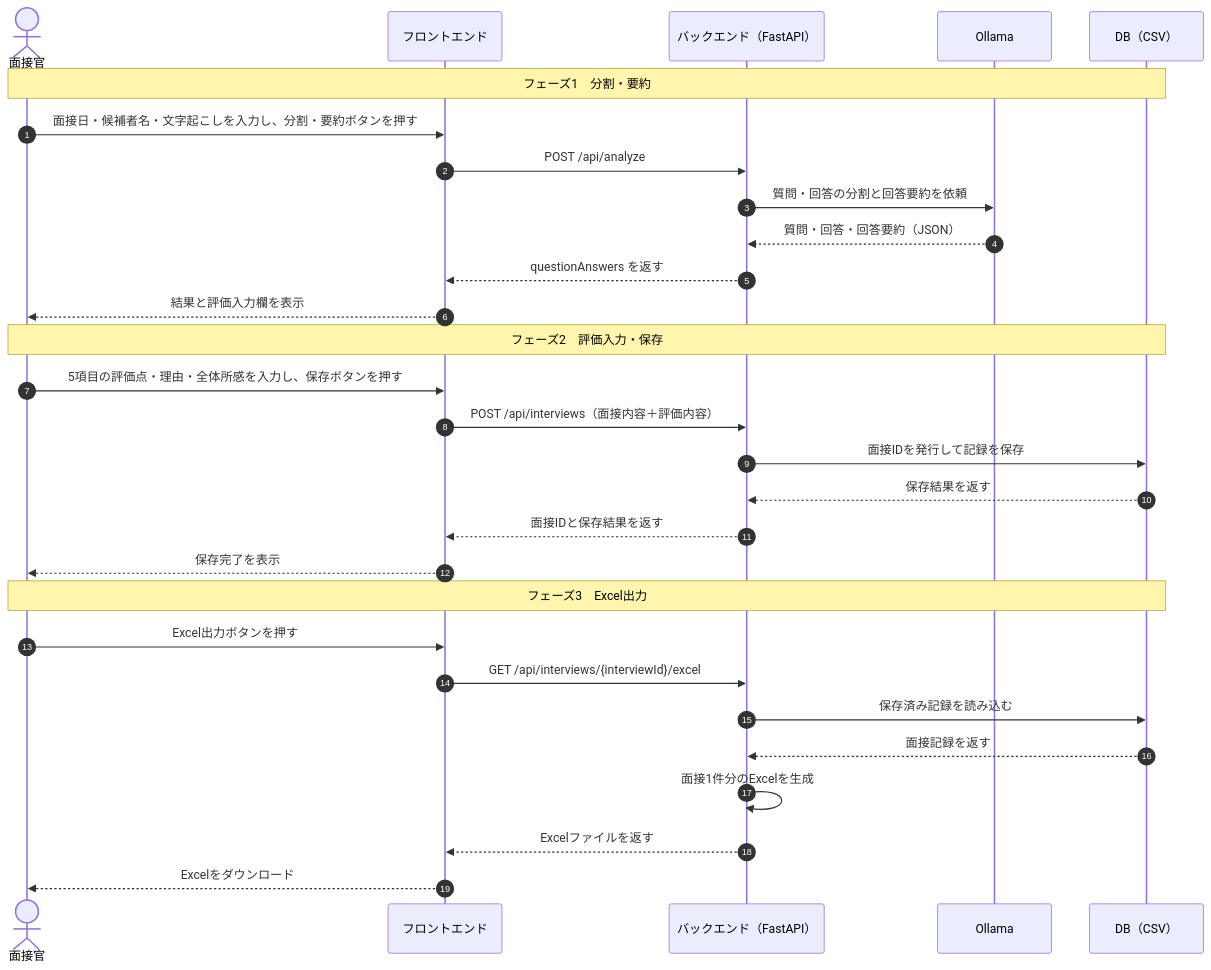
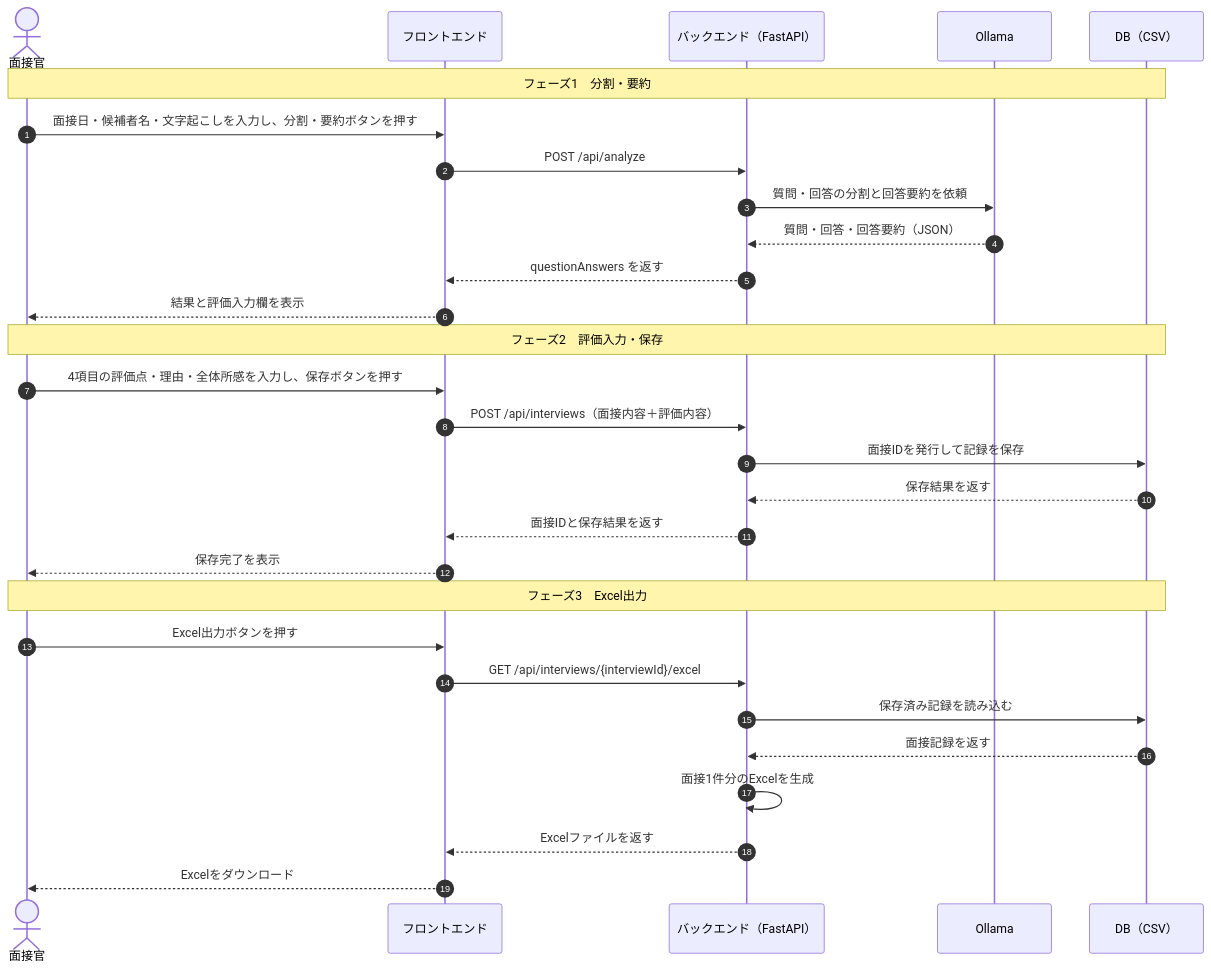
The first of 2 diagrams in docs/mvp-interface-spec.md (DaichiKiyozaki/sakura-hackason-teamA), drawn with Mermaid before and after one commit. The commit also changed other lines of this file and 2 other files, not shown here.

````diff
--- a/docs/mvp-interface-spec.md
+++ b/docs/mvp-interface-spec.md
@@ -35,34 +35,34 @@
 ```mermaid
 sequenceDiagram
     autonumber
     actor User as 面接官
     participant Front as フロントエンド
     participant API as バックエンド（FastAPI）
     participant LLM as Ollama
     participant DB as DB（CSV）
 
     Note over User, DB: フェーズ1　分割・要約
     User->>Front: 面接日・候補者名・文字起こしを入力し、分割・要約ボタンを押す
     Front->>API: POST /api/analyze
     API->>LLM: 質問・回答の分割と回答要約を依頼
     LLM-->>API: 質問・回答・回答要約（JSON）
     API-->>Front: questionAnswers を返す
     Front-->>User: 結果と評価入力欄を表示
 
     Note over User, DB: フェーズ2　評価入力・保存
-    User->>Front: 5項目の評価点・理由・全体所感を入力し、保存ボタンを押す
+    User->>Front: 4項目の評価点・理由・全体所感を入力し、保存ボタンを押す
     Front->>API: POST /api/interviews（面接内容＋評価内容）
     API->>DB: 面接IDを発行して記録を保存
     DB-->>API: 保存結果を返す
     API-->>Front: 面接IDと保存結果を返す
     Front-->>User: 保存完了を表示
 
     Note over User, DB: フェーズ3　Excel出力
     User->>Front: Excel出力ボタンを押す
     Front->>API: GET /api/interviews/{interviewId}/excel
     API->>DB: 保存済み記録を読み込む
     DB-->>API: 面接記録を返す
     API->>API: 面接1件分のExcelを生成
     API-->>Front: Excelファイルを返す
     Front-->>User: Excelをダウンロード
 ```
````
